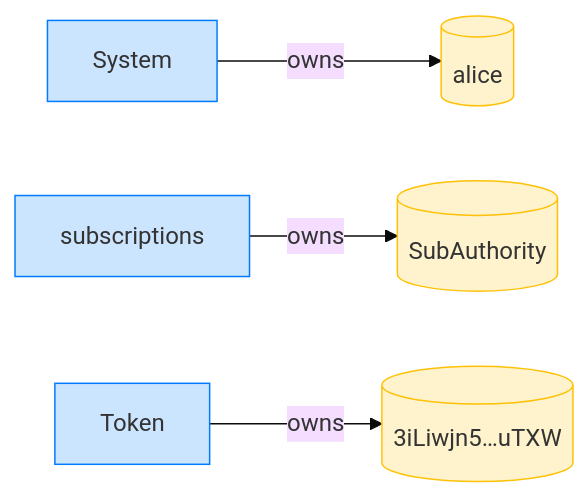
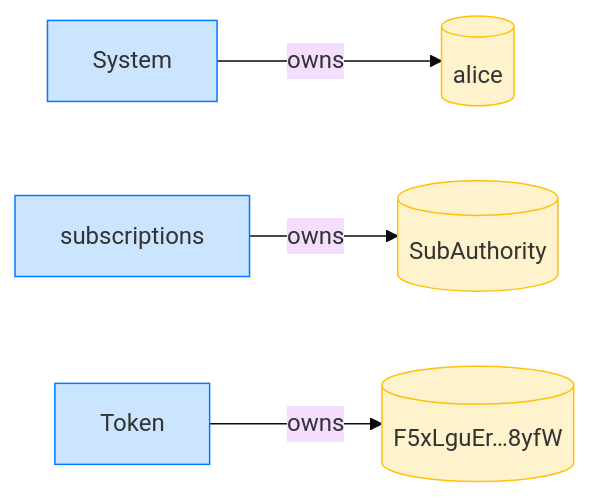
One commit to cds-rs/subscriptions changed the fourth of 12 diagrams in dsl_tests/create-a-fixed-delegation-with-a-sponsor.md. Above: the diagram before and after it, drawn with Mermaid (base theme). The commit also changed other lines of this file and 224 other files, not shown here.

````diff
--- a/dsl_tests/create-a-fixed-delegation-with-a-sponsor.md
+++ b/dsl_tests/create-a-fixed-delegation-with-a-sponsor.md
@@ -71,14 +76,14 @@
 ```mermaid
 flowchart LR
     classDef owner fill:#cce5ff,stroke:#007bff;
     classDef account fill:#fff3cd,stroke:#ffc107;
     System[System]:::owner
     alice[(alice)]:::account
     subscriptions[subscriptions]:::owner
     SubAuthority[(SubAuthority)]:::account
     Token[Token]:::owner
-    3iLiwjn5_uTXW[("3iLiwjn5…uTXW")]:::account
+    F5xLguEr_8yfW[("F5xLguEr…8yfW")]:::account
     System -->|owns| alice
     subscriptions -->|owns| SubAuthority
-    Token -->|owns| 3iLiwjn5_uTXW
+    Token -->|owns| F5xLguEr_8yfW
 ```
````
